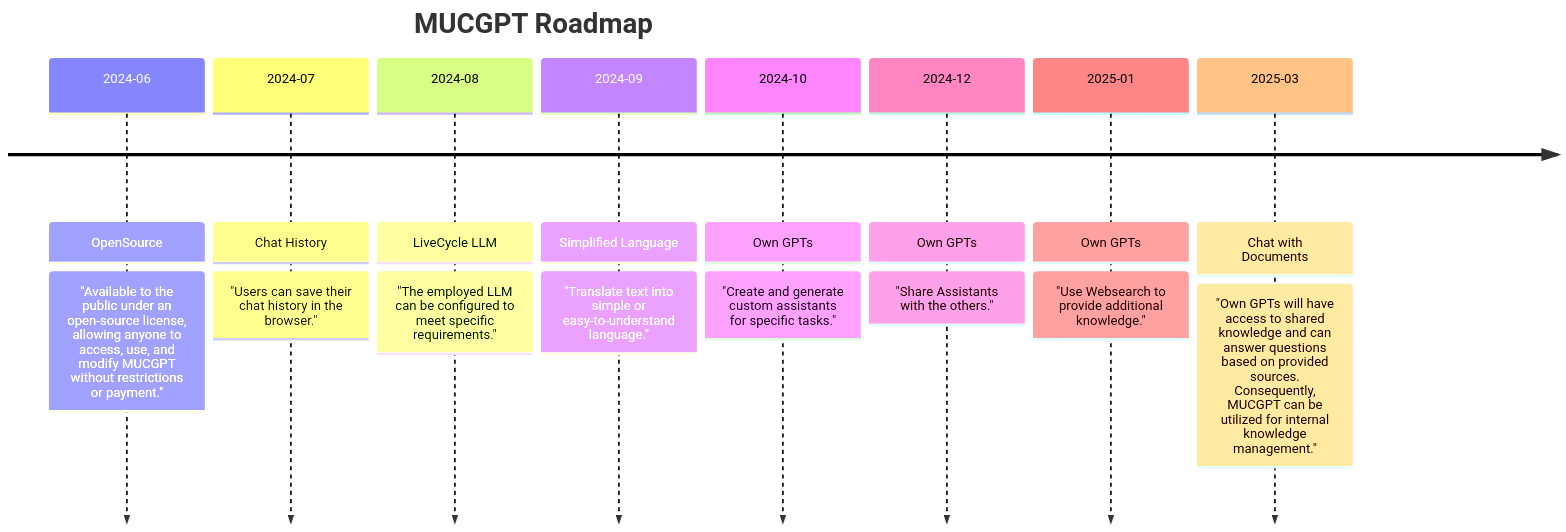
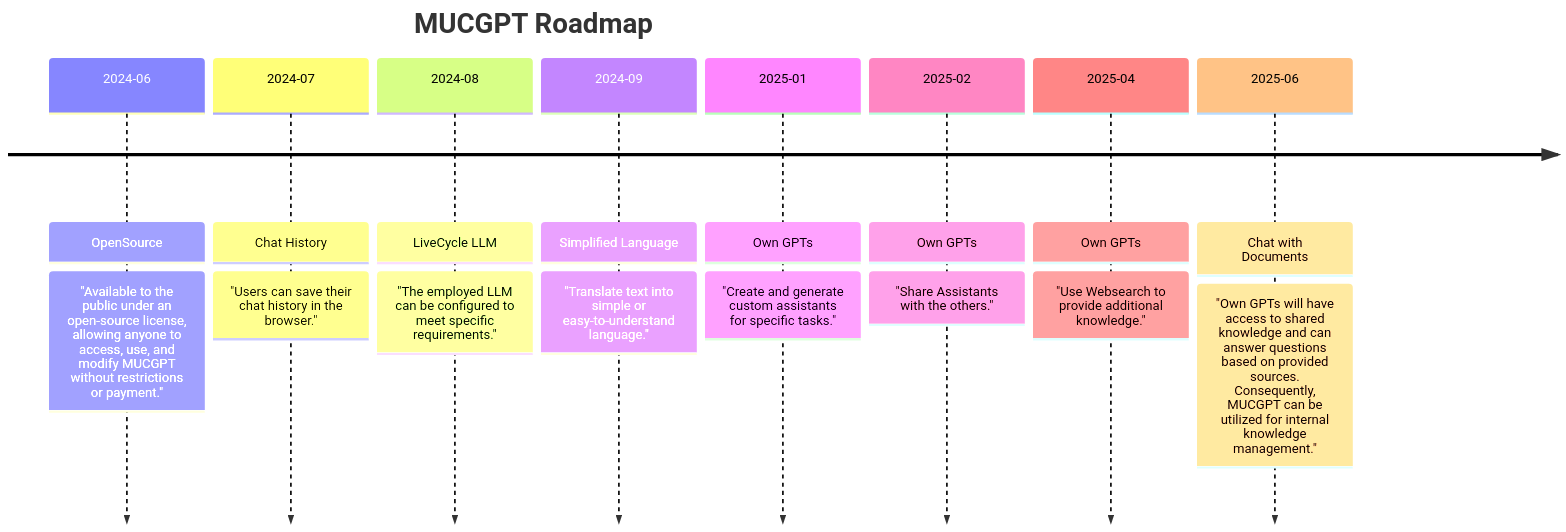
The diagram in README.md (it-at-m/mucgpt), drawn with Mermaid before and after one commit. The commit also changed 10 other files, not shown here.

````diff
--- a/README.md
+++ b/README.md
@@ -119,12 +119,12 @@
 ```mermaid
 timeline
     title MUCGPT Roadmap
     2024-06 : OpenSource : "Available to the public under an open-source license, allowing anyone to access, use, and modify MUCGPT without restrictions or payment."
     2024-07 : Chat History : "Users can save their chat history in the browser."
     2024-08 : LiveCycle LLM : "The employed LLM can be configured to meet specific requirements."
     2024-09 : Simplified Language : "Translate text into simple or easy-to-understand language."
-    2024-10 : Own GPTs : "Create and generate custom assistants for specific tasks."
-    2024-12 : Own GPTs : "Share Assistants with the others."
-    2025-01 : Own GPTs : "Use Websearch to provide additional knowledge."
-    2025-03: Chat with Documents : "Own GPTs will have access to shared knowledge and can answer questions based on provided sources. Consequently, MUCGPT can be utilized for internal knowledge management."
+    2025-01 : Own GPTs : "Create and generate custom assistants for specific tasks."
+    2025-02 : Own GPTs : "Share Assistants with the others."
+    2025-04 : Own GPTs : "Use Websearch to provide additional knowledge."
+    2025-06: Chat with Documents : "Own GPTs will have access to shared knowledge and can answer questions based on provided sources. Consequently, MUCGPT can be utilized for internal knowledge management."
 ```
````
